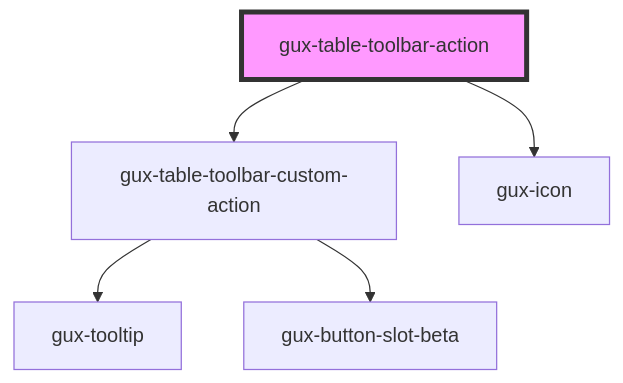
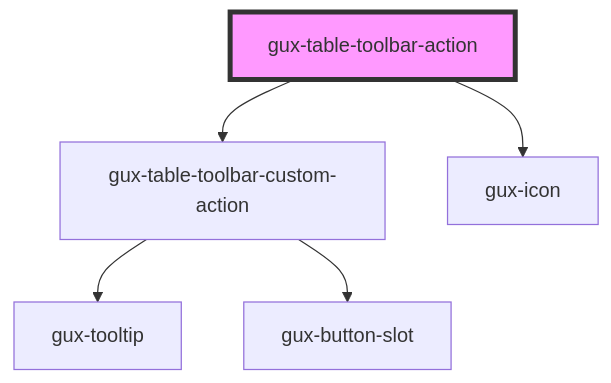
One commit to MyPureCloud/genesys-spark changed the diagram in packages/genesys-spark-components/src/components/beta/gux-table-toolbar/gux-table-toolbar-action/readme.md. Above: the diagram before and after it, drawn with Mermaid. The commit also changed 73 other files, not shown here.

First line of the commit message:
refactor(gux-button-slot): move to stable

````diff
--- a/packages/genesys-spark-components/src/components/beta/gux-table-toolbar/gux-table-toolbar-action/readme.md
+++ b/packages/genesys-spark-components/src/components/beta/gux-table-toolbar/gux-table-toolbar-action/readme.md
@@ -26,8 +26,8 @@
 ```mermaid
 graph TD;
   gux-table-toolbar-action --> gux-table-toolbar-custom-action
   gux-table-toolbar-action --> gux-icon
   gux-table-toolbar-custom-action --> gux-tooltip
-  gux-table-toolbar-custom-action --> gux-button-slot-beta
+  gux-table-toolbar-custom-action --> gux-button-slot
   style gux-table-toolbar-action fill:#f9f,stroke:#333,stroke-width:4px
 ```
````
